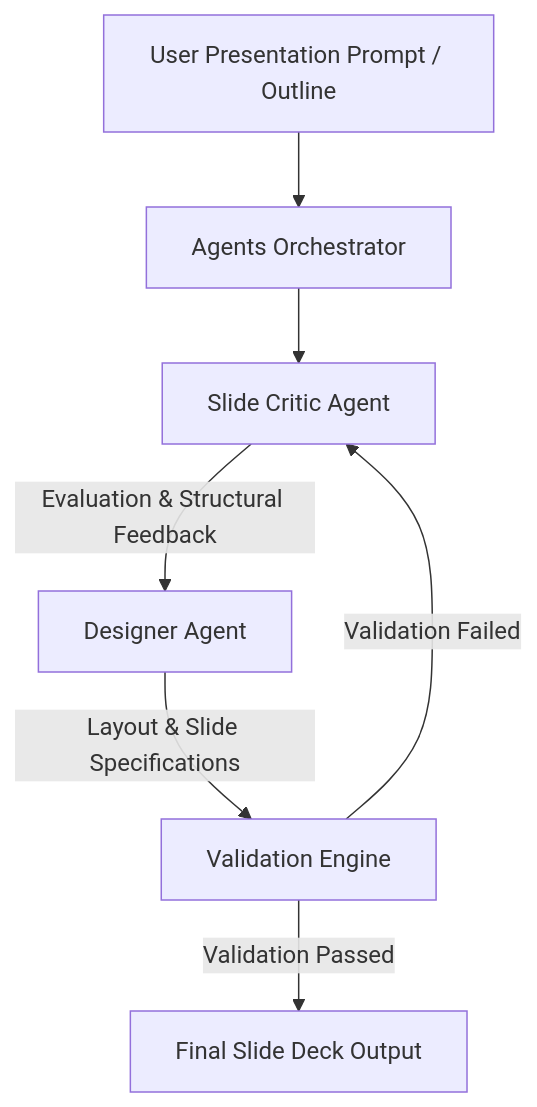
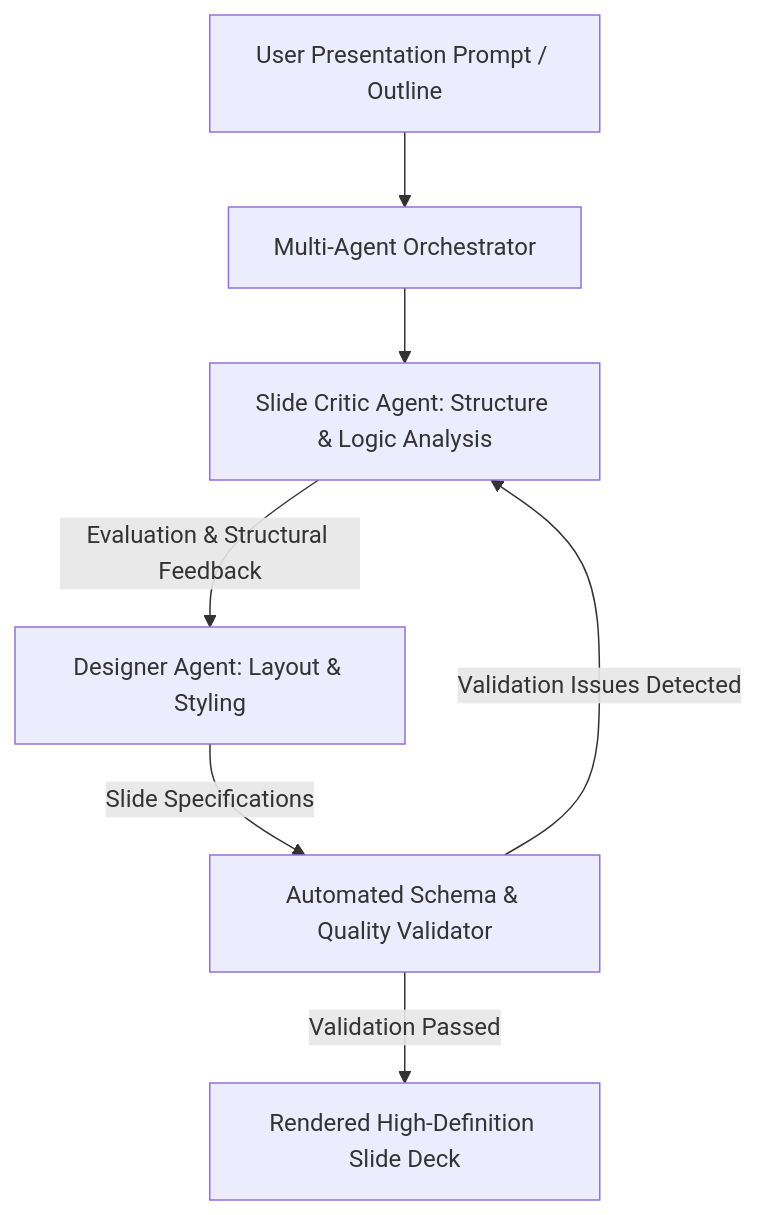
The diagram in README.md (sohailahmed-bsrh/slidewright), drawn with Mermaid before and after one commit. The commit also changed other lines of this file, not shown here.

Commit message:
docs: deploy visual showcase README with screenshot galleries and architecture specifications

````diff
--- a/README.md
+++ b/README.md
@@ -8,9 +48,9 @@
 ```mermaid
 flowchart TD
-    A[User Presentation Prompt / Outline] --> B[Agents Orchestrator]
-    B --> C[Slide Critic Agent]
-    C -->|Evaluation & Structural Feedback| D[Designer Agent]
-    D -->|Layout & Slide Specifications| E[Validation Engine]
-    E -->|Validation Passed| F[Final Slide Deck Output]
-    E -->|Validation Failed| C
+    A[User Presentation Prompt / Outline] --> B[Multi-Agent Orchestrator]
+    B --> C[Slide Critic Agent: Structure & Logic Analysis]
+    C -->|Evaluation & Structural Feedback| D[Designer Agent: Layout & Styling]
+    D -->|Slide Specifications| E[Automated Schema & Quality Validator]
+    E -->|Validation Passed| F[Rendered High-Definition Slide Deck]
+    E -->|Validation Issues Detected| C
 ```
````
